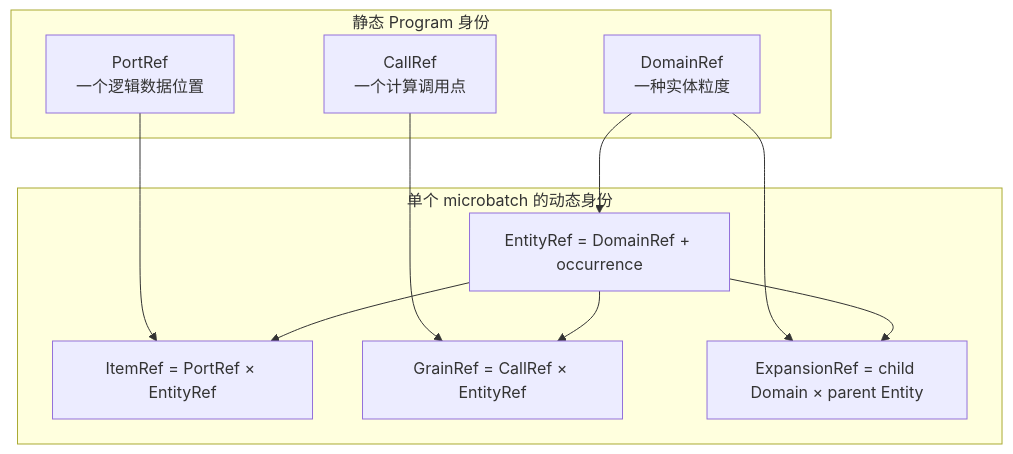
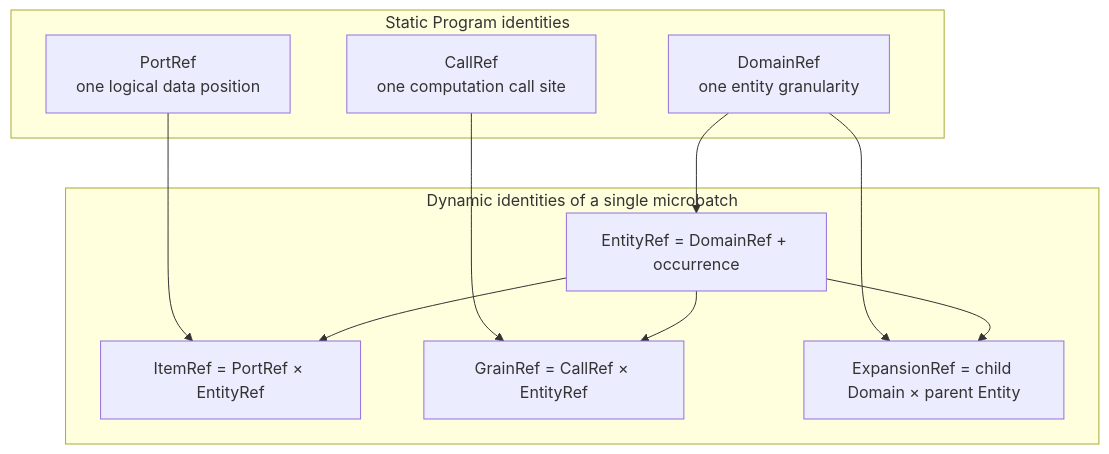
Before and after one commit to OpenDCAI/RayOrch: the fourth of 24 diagrams in docs/multigrain_v3_6_getting_started.md, drawn with Mermaid. The commit also changed other lines of this file and 31 other files, not shown here.

Commit message:
docs(v3.6): publish bilingual architecture guides

````diff
--- a/docs/multigrain_v3_6_getting_started.md
+++ b/docs/multigrain_v3_6_getting_started.md
@@ -236,23 +591,23 @@
 ```mermaid
 flowchart TB
-    subgraph Static["静态 Program 身份"]
-        CallRef["CallRef<br/>一个计算调用点"]
-        PortRef["PortRef<br/>一个逻辑数据位置"]
-        DomainRef["DomainRef<br/>一种实体粒度"]
+    subgraph Static["Static Program identities"]
+        CallRef["CallRef<br/>one computation call site"]
+        PortRef["PortRef<br/>one logical data position"]
+        DomainRef["DomainRef<br/>one entity granularity"]
     end
 
-    subgraph Dynamic["单个 microbatch 的动态身份"]
+    subgraph Dynamic["Dynamic identities of a single microbatch"]
         EntityRef["EntityRef = DomainRef + occurrence"]
         ItemRef["ItemRef = PortRef × EntityRef"]
         GrainRef["GrainRef = CallRef × EntityRef"]
         ExpansionRef["ExpansionRef = child Domain × parent Entity"]
     end
 
     DomainRef --> EntityRef
     PortRef --> ItemRef
     EntityRef --> ItemRef
     CallRef --> GrainRef
     EntityRef --> GrainRef
     DomainRef --> ExpansionRef
     EntityRef --> ExpansionRef
 ```
````
